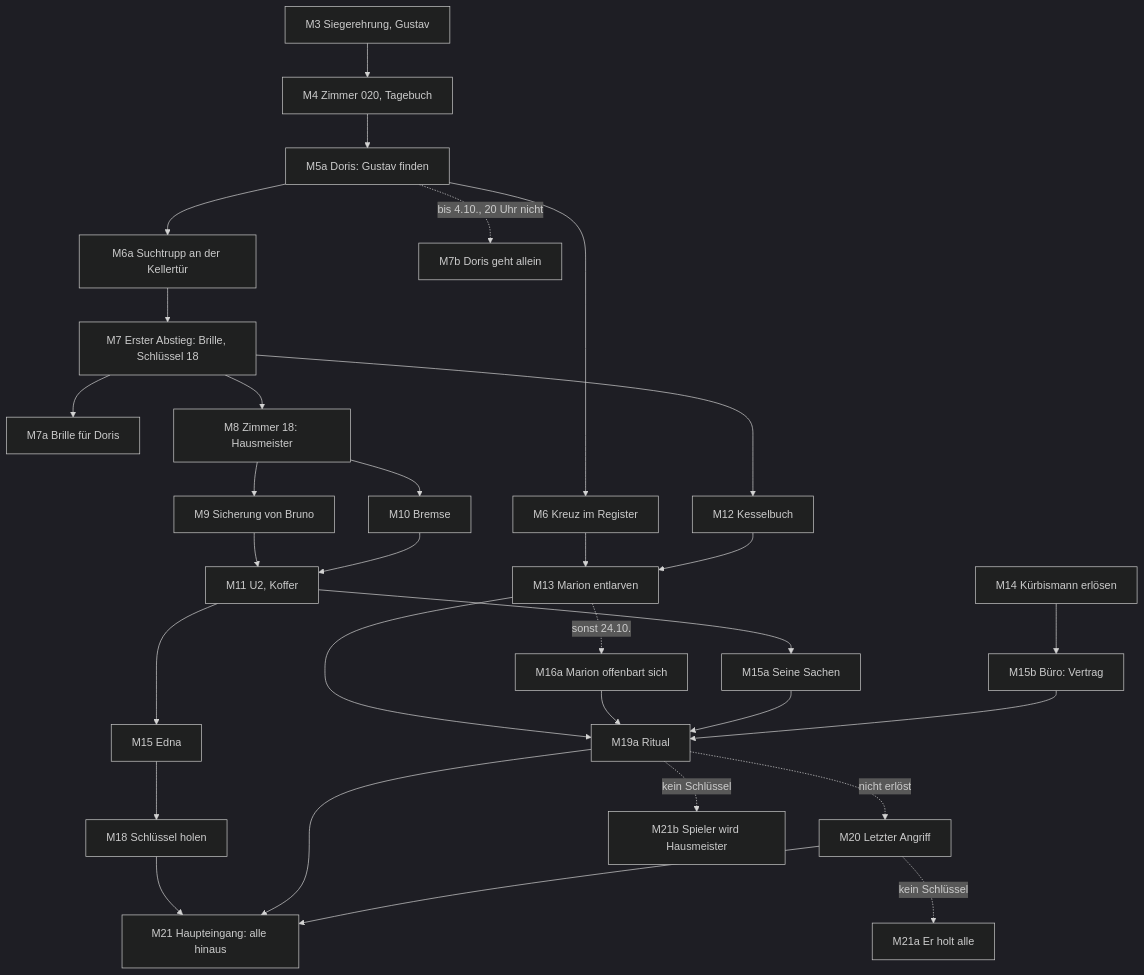
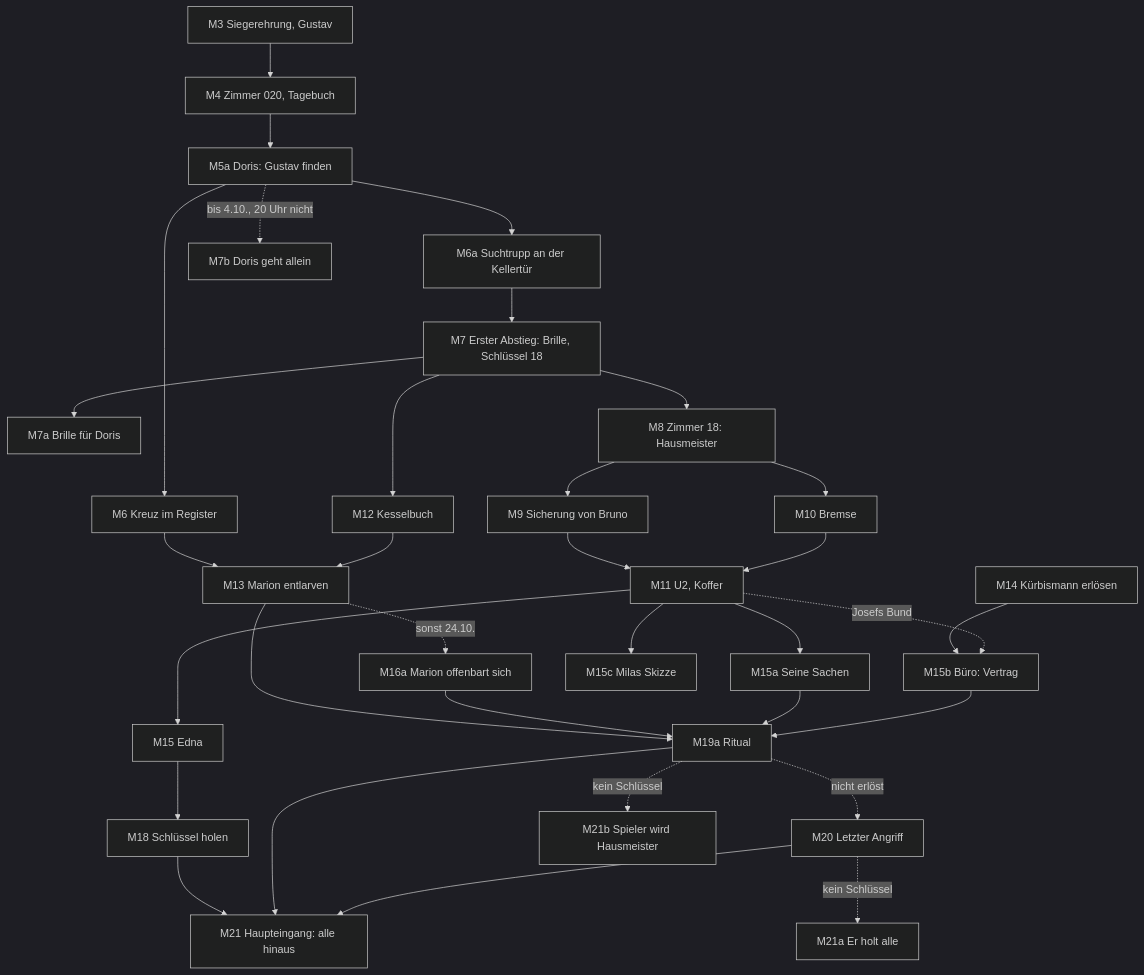
One commit to vektorviktor/zimmer13 changed the diagram in HANDLUNG.md. Above: the diagram before and after it, drawn with Mermaid (dark theme). The commit also changed other lines of this file and 2 other files, not shown here.

````diff
--- a/HANDLUNG.md
+++ b/HANDLUNG.md
@@ -98,33 +99,35 @@
 ```mermaid
 flowchart TD
   M3[M3 Siegerehrung, Gustav] --> M4[M4 Zimmer 020, Tagebuch]
   M4 --> M5a[M5a Doris: Gustav finden]
   M5a --> M6[M6 Kreuz im Register]
   M5a --> M6a[M6a Suchtrupp an der Kellertür]
   M6a --> M7[M7 Erster Abstieg: Brille, Schlüssel 18]
   M7 --> M7a[M7a Brille für Doris]
   M5a -.->|bis 4.10., 20 Uhr nicht| M7b[M7b Doris geht allein]
   M7 --> M8[M8 Zimmer 18: Hausmeister]
   M8 --> M9[M9 Sicherung von Bruno]
   M8 --> M10[M10 Bremse]
   M9 --> M11[M11 U2, Koffer]
   M10 --> M11
   M6 --> M13[M13 Marion entlarven]
   M7 --> M12[M12 Kesselbuch]
   M12 --> M13
   M13 -.->|sonst 24.10.| M16a[M16a Marion offenbart sich]
   M11 --> M15[M15 Edna]
   M11 --> M15a[M15a Seine Sachen]
   M14[M14 Kürbismann erlösen] --> M15b[M15b Büro: Vertrag]
+  M11 -.->|Josefs Bund| M15b
+  M11 --> M15c[M15c Milas Skizze]
   M13 --> M19a[M19a Ritual]
   M16a --> M19a
   M15a --> M19a
   M15b --> M19a
   M19a -.->|nicht erlöst| M20[M20 Letzter Angriff]
   M15 --> M18[M18 Schlüssel holen]
   M18 --> M21[M21 Haupteingang: alle hinaus]
   M19a --> M21
   M20 --> M21
   M20 -.->|kein Schlüssel| M21a[M21a Er holt alle]
   M19a -.->|kein Schlüssel| M21b[M21b Spieler wird Hausmeister]
 ```
````
